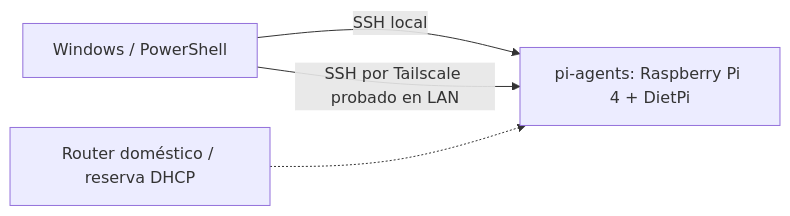
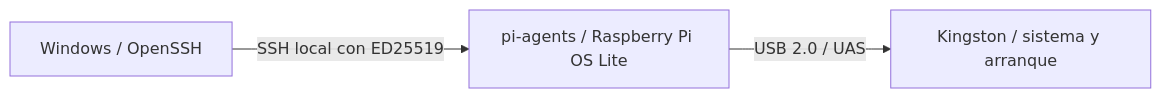
The first of 2 diagrams in docs/04-arquitectura.md (afvv2602/pi-agents), drawn with Mermaid before and after one commit. The commit also changed other lines of this file and 9 other files, not shown here.

Commit message:
docs: registra la migración a Raspberry Pi OS Lite en el SSD

````diff
--- a/docs/04-arquitectura.md
+++ b/docs/04-arquitectura.md
@@ -9,6 +7,5 @@
 ```mermaid
 flowchart LR
-  Admin[Windows / PowerShell] -->|SSH local| Host[pi-agents: Raspberry Pi 4 + DietPi]
-  Admin -->|SSH por Tailscale probado en LAN| Host
-  DHCP[Router doméstico / reserva DHCP] -.-> Host
+  Admin[Windows / OpenSSH] -->|SSH local con ED25519| Host[pi-agents / Raspberry Pi OS Lite]
+  Host -->|USB 2.0 / UAS| SSD[Kingston / sistema y arranque]
 ```
````
